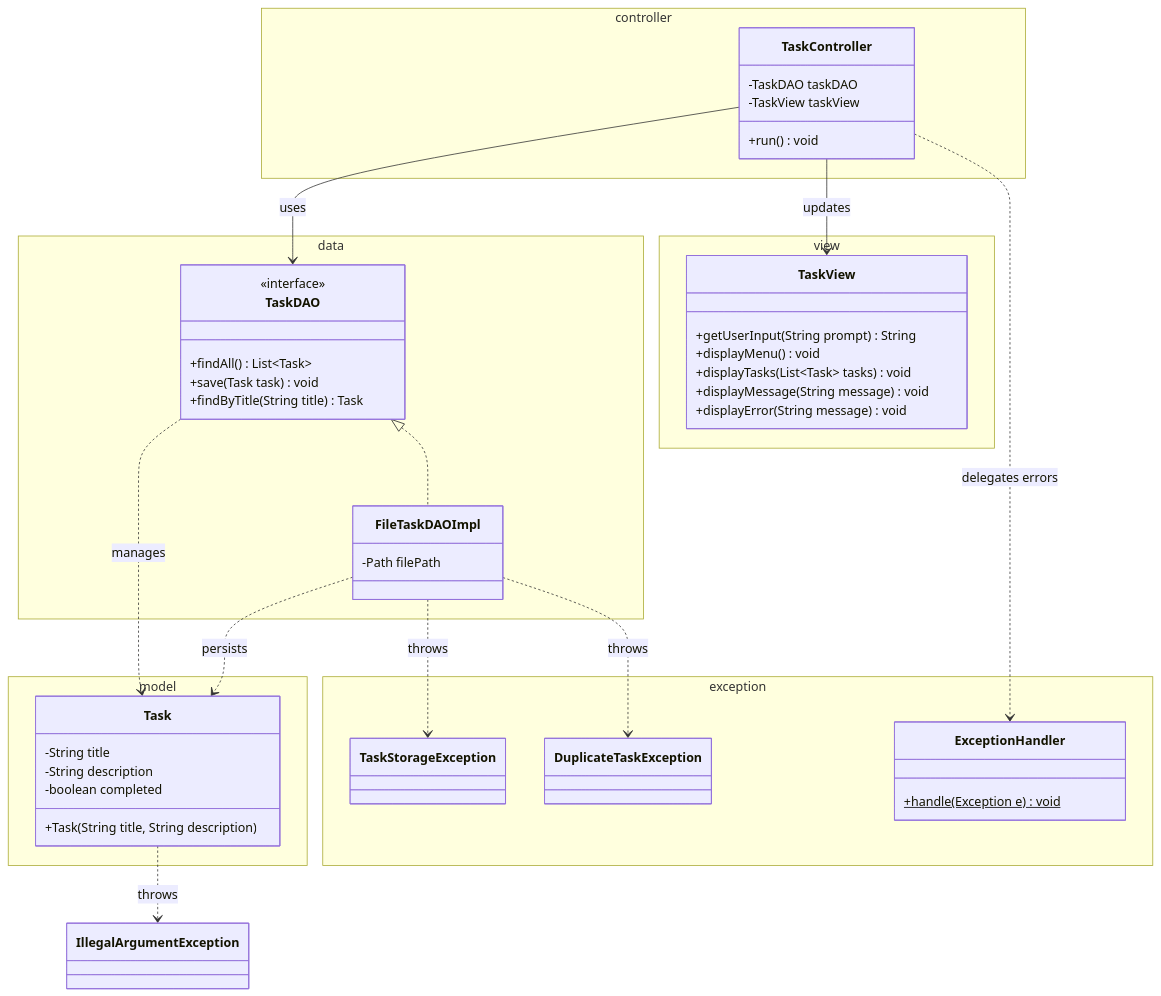
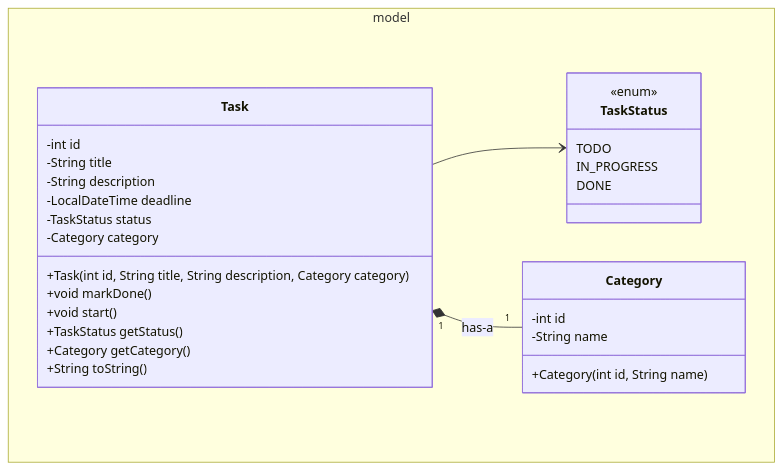
Before and after one commit to ihabau/Lexicon_WS_Exception: the second of 2 diagrams in Workshop_5_Task_Manager.md, drawn with Mermaid. The commit also changed other lines of this file and 1 other file, not shown here.

Commit message:
Docs: step 5 worksheet (Task Manager) - enums, 2 entities, streams, flowcharts, 8 hints

````diff
--- a/Workshop_5_Task_Manager.md
+++ b/Workshop_5_Task_Manager.md
@@ -39,61 +73,33 @@
 ```mermaid
 classDiagram
     namespace model {
+        class TaskStatus {
+            <<enum>>
+            TODO
+            IN_PROGRESS
+            DONE
+        }
+        class Category {
+            -int id
+            -String name
+            +Category(int id, String name)
+        }
         class Task {
+            -int id
             -String title
             -String description
-            -boolean completed
-            +Task(String title, String description)
+            -LocalDateTime deadline
+            -TaskStatus status
+            -Category category
+            +Task(int id, String title, String description, Category category)
+            +void markDone()
+            +void start()
+            +TaskStatus getStatus()
+            +Category getCategory()
+            +String toString()
         }
     }
 
-    namespace data {
-        class TaskDAO {
-            <<interface>>
-            +findAll() List~Task~
-            +save(Task task) void
-            +findByTitle(String title) Task
-        }
-        class FileTaskDAOImpl {
-            -Path filePath
-        }
-    }
-
-    namespace view {
-        class TaskView {
-            +getUserInput(String prompt) String
-            +displayMenu() void
-            +displayTasks(List~Task~ tasks) void
-            +displayMessage(String message) void
-            +displayError(String message) void
-        }
-    }
-
-    namespace controller {
-        class TaskController {
-            -TaskDAO taskDAO
-            -TaskView taskView
-            +run() void
-        }
-    }
-
-    namespace exception {
-        class TaskStorageException { }
-        class DuplicateTaskException { }
-        class ExceptionHandler {
-            +handle(Exception e)$ void
-        }
-    }
-
-    TaskDAO <|.. FileTaskDAOImpl
-    TaskController --> TaskDAO : uses
-    TaskController --> TaskView : updates
-    TaskController ..> ExceptionHandler : delegates errors
-
-    TaskDAO ..> Task : manages
-    FileTaskDAOImpl ..> Task : persists
-
-    Task ..> IllegalArgumentException : throws
-    FileTaskDAOImpl ..> TaskStorageException : throws
-    FileTaskDAOImpl ..> DuplicateTaskException : throws
+    Task "1" *-- "1" Category : has-a
+    Task --> TaskStatus
 ```
````
